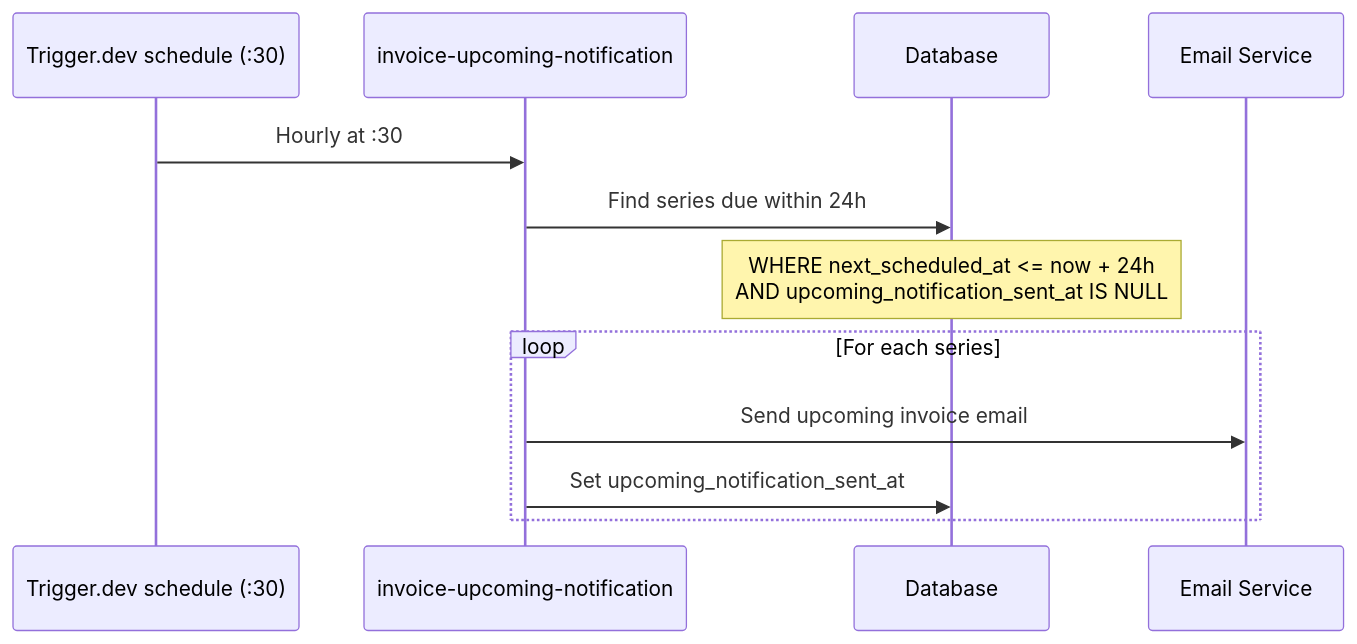
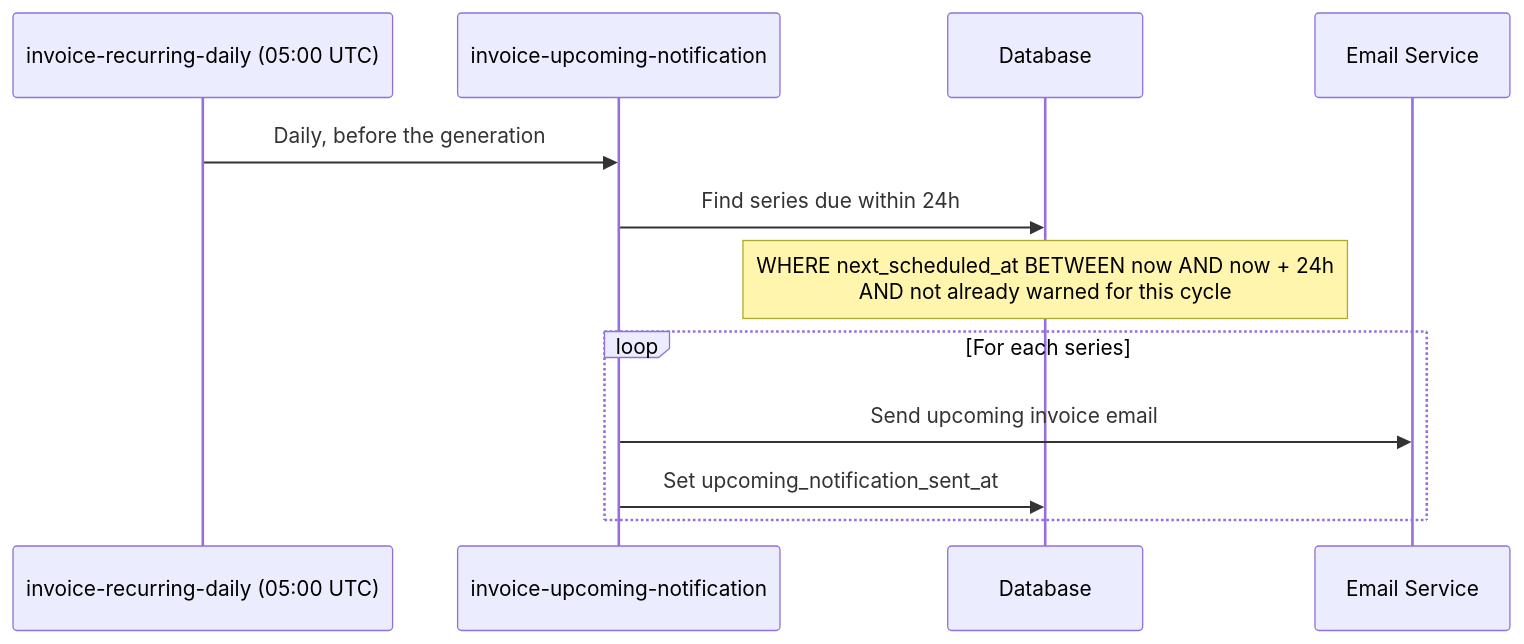
One commit to FredflixBE/midday changed the sixth of 6 diagrams in docs/invoice-recurring.md. Above: the diagram before and after it, drawn with Mermaid. The commit also changed other lines of this file and 9 other files, not shown here.

First line of the commit message:
FF-1522: one daily schedule for the recurring-invoice jobs instead of two hourly ones (#86)

````diff
--- a/docs/invoice-recurring.md
+++ b/docs/invoice-recurring.md
@@ -274,16 +279,16 @@
 ```mermaid
 sequenceDiagram
-    participant Cron as Trigger.dev schedule (:30)
+    participant Cron as invoice-recurring-daily (05:00 UTC)
     participant Task as invoice-upcoming-notification
     participant DB as Database
     participant Email as Email Service
     
-    Cron->>Task: Hourly at :30
+    Cron->>Task: Daily, before the generation
     Task->>DB: Find series due within 24h
-    Note over DB: WHERE next_scheduled_at <= now + 24h<br/>AND upcoming_notification_sent_at IS NULL
+    Note over DB: WHERE next_scheduled_at BETWEEN now AND now + 24h<br/>AND not already warned for this cycle
     
     loop For each series
         Task->>Email: Send upcoming invoice email
         Task->>DB: Set upcoming_notification_sent_at
     end
 ```
````
